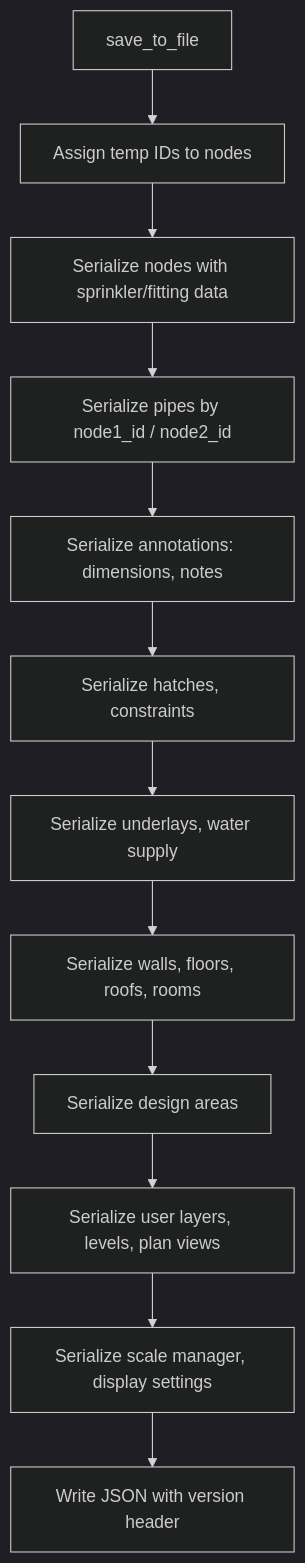
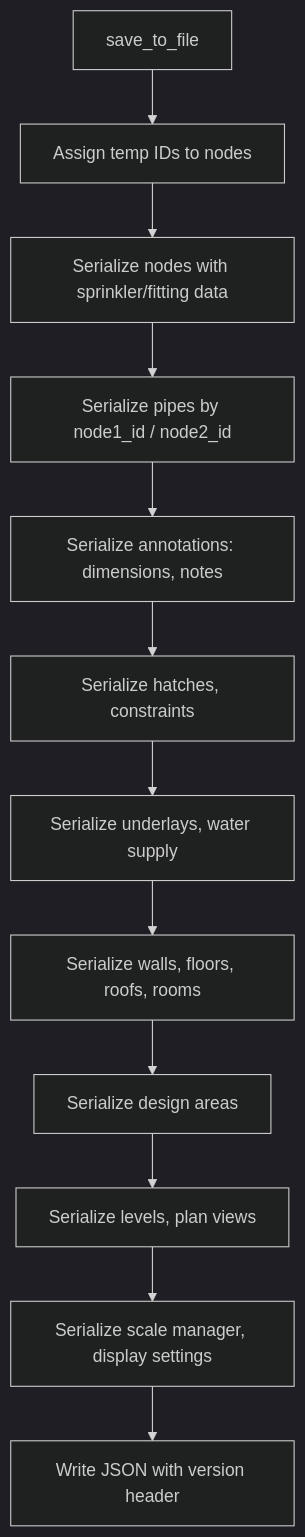
One commit to giannivulcano/FirePro-3D changed the first of 2 diagrams in docs/architecture/io.md. Above: the diagram before and after it, drawn with Mermaid (dark theme). The commit also changed other lines of this file and 18 other files, not shown here.

````diff
--- a/docs/architecture/io.md
+++ b/docs/architecture/io.md
@@ -18,14 +22,14 @@
 ```mermaid
 flowchart TD
     A[save_to_file] --> B[Assign temp IDs to nodes]
     B --> C[Serialize nodes with sprinkler/fitting data]
     C --> D[Serialize pipes by node1_id / node2_id]
     D --> E[Serialize annotations: dimensions, notes]
     E --> F[Serialize hatches, constraints]
     F --> G[Serialize underlays, water supply]
     G --> H[Serialize walls, floors, roofs, rooms]
     H --> I[Serialize design areas]
-    I --> J[Serialize user layers, levels, plan views]
+    I --> J[Serialize levels, plan views]
     J --> K[Serialize scale manager, display settings]
     K --> L[Write JSON with version header]
 ```
````
